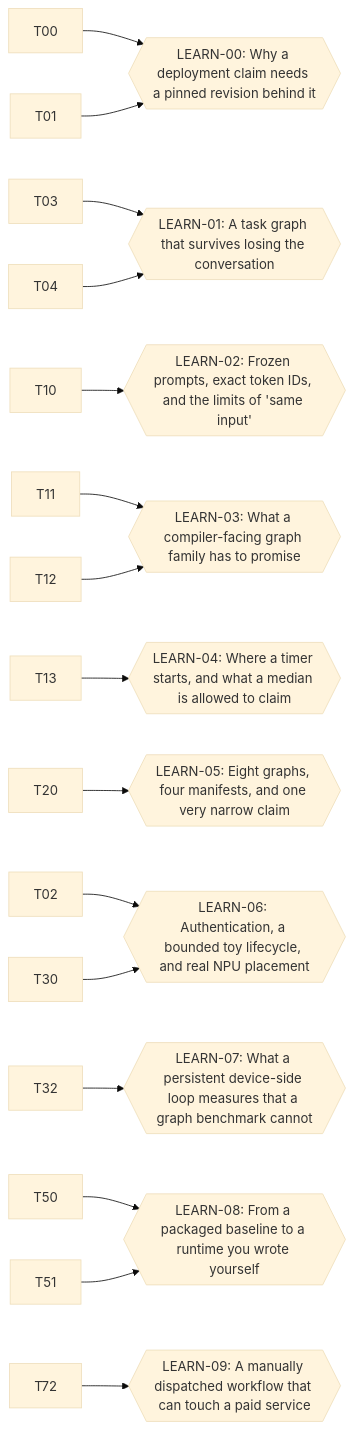
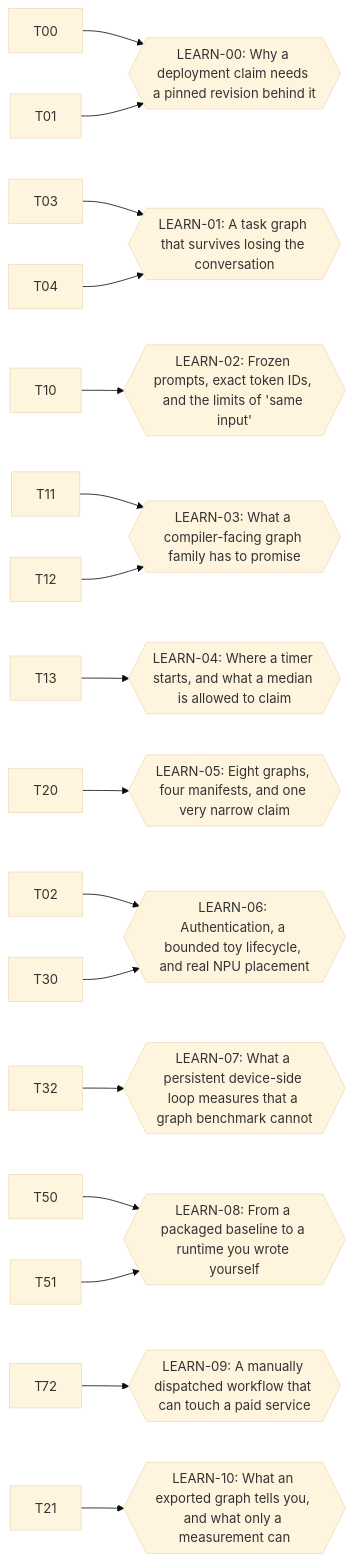
Before and after one commit to chayut-t/slm-deployment-lab: the second of 2 diagrams in ai/tasks/status.generated.md, drawn with Mermaid (base theme). The commit also changed other lines of this file and 25 other files, not shown here.

First line of the commit message:
T21: ONNX Runtime CPU parity machinery and real graph inspection

````diff
--- a/ai/tasks/status.generated.md
+++ b/ai/tasks/status.generated.md
@@ -150,28 +150,30 @@
 ```mermaid
 graph LR
     LEARN_00{{"LEARN-00: Why a deployment claim needs a pinned revision behind it"}}
     LEARN_01{{"LEARN-01: A task graph that survives losing the conversation"}}
     LEARN_02{{"LEARN-02: Frozen prompts, exact token IDs, and the limits of 'same input'"}}
     LEARN_03{{"LEARN-03: What a compiler-facing graph family has to promise"}}
     LEARN_04{{"LEARN-04: Where a timer starts, and what a median is allowed to claim"}}
     LEARN_05{{"LEARN-05: Eight graphs, four manifests, and one very narrow claim"}}
     LEARN_06{{"LEARN-06: Authentication, a bounded toy lifecycle, and real NPU placement"}}
     LEARN_07{{"LEARN-07: What a persistent device-side loop measures that a graph benchmark cannot"}}
     LEARN_08{{"LEARN-08: From a packaged baseline to a runtime you wrote yourself"}}
     LEARN_09{{"LEARN-09: A manually dispatched workflow that can touch a paid service"}}
+    LEARN_10{{"LEARN-10: What an exported graph tells you, and what only a measurement can"}}
     T00 --> LEARN_00
     T01 --> LEARN_00
     T03 --> LEARN_01
     T04 --> LEARN_01
     T10 --> LEARN_02
     T11 --> LEARN_03
     T12 --> LEARN_03
     T13 --> LEARN_04
     T20 --> LEARN_05
     T02 --> LEARN_06
     T30 --> LEARN_06
     T32 --> LEARN_07
     T50 --> LEARN_08
     T51 --> LEARN_08
     T72 --> LEARN_09
+    T21 --> LEARN_10
 ```
````
